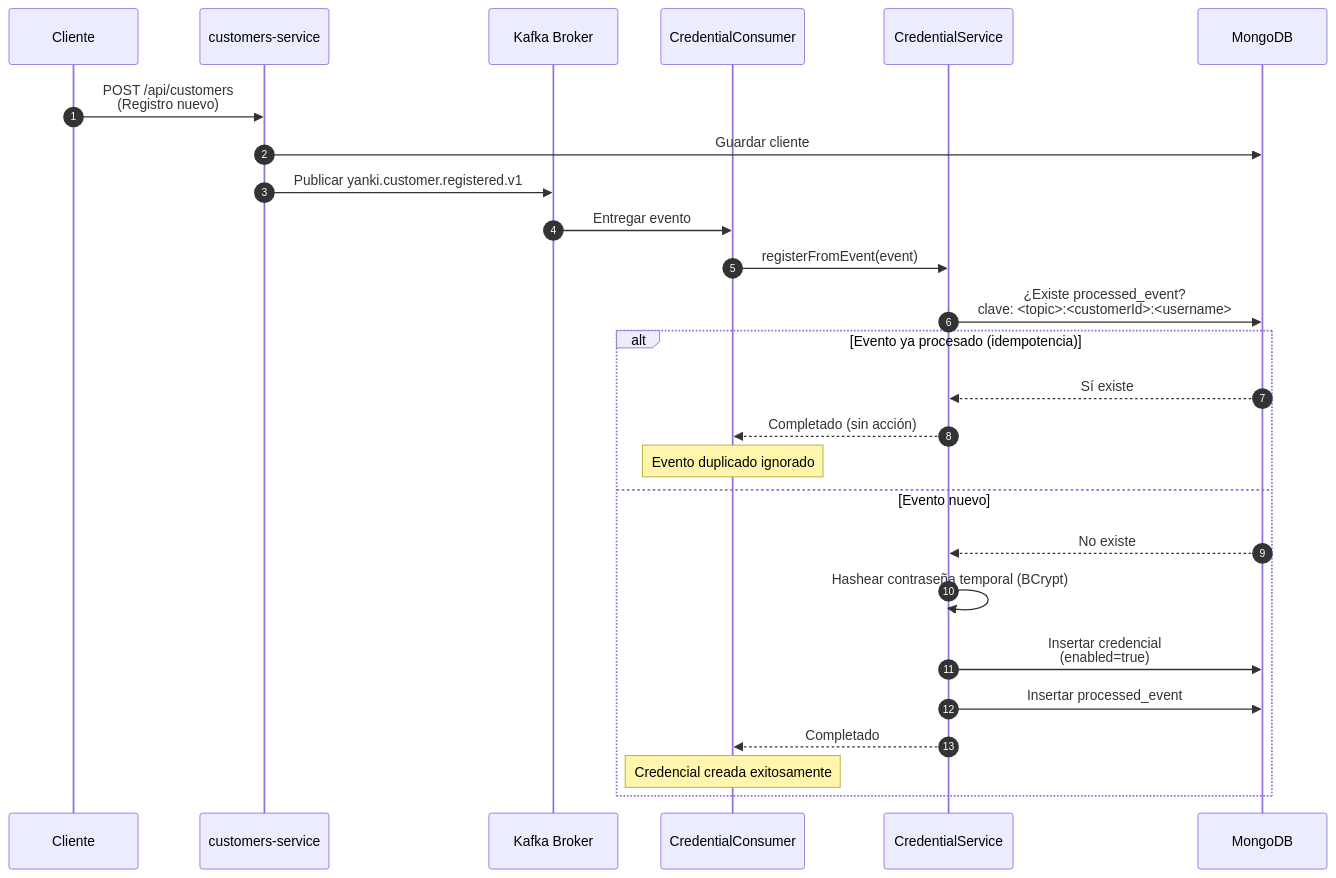
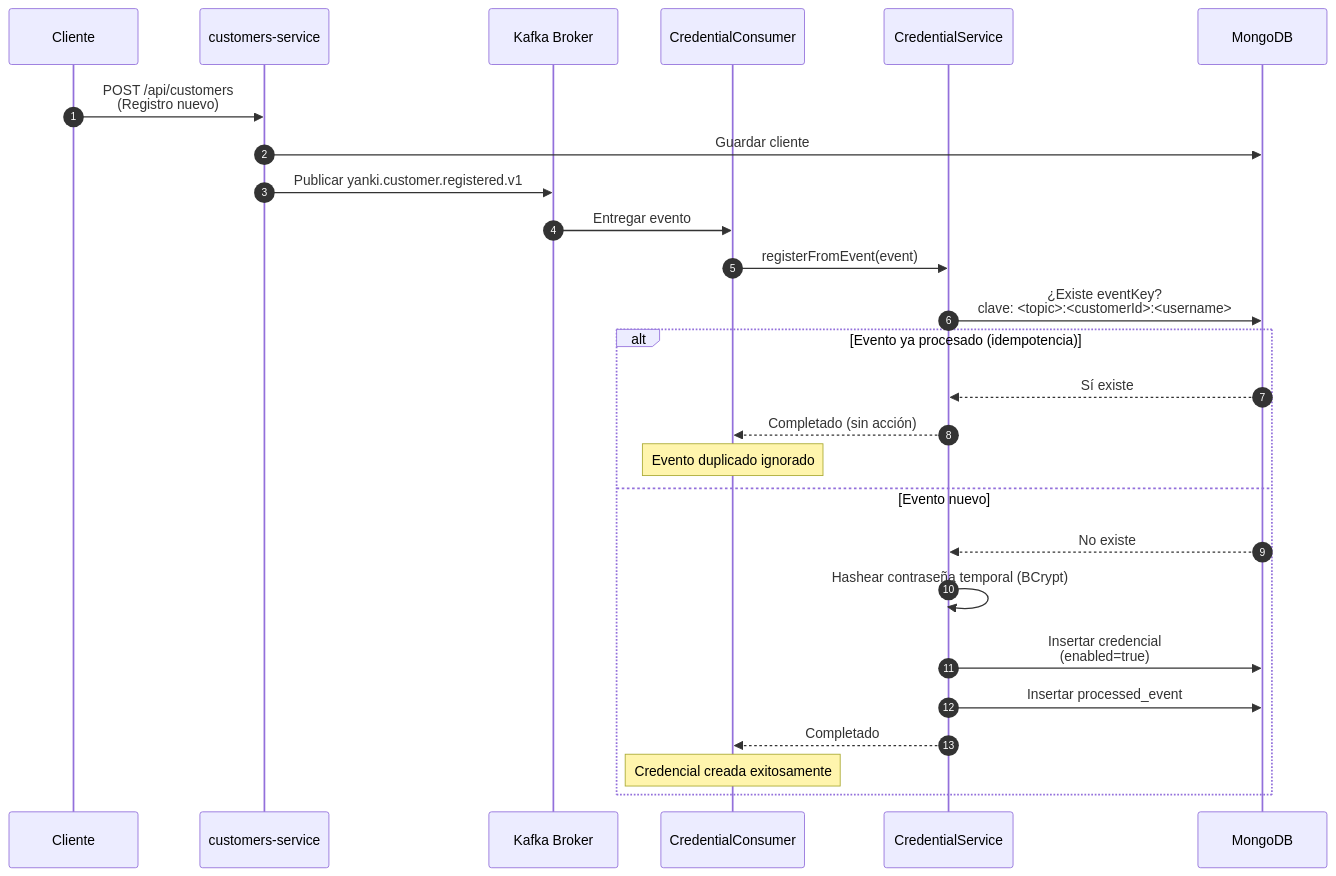
One commit to sebastianrm/auth-service changed the sixth of 6 diagrams in README.md. Above: the diagram before and after it, drawn with Mermaid. The commit also changed other lines of this file and 1 other file, not shown here.

````diff
--- a/README.md
+++ b/README.md
@@ -307,34 +307,34 @@
 ```mermaid
 sequenceDiagram
     autonumber
     participant Cliente
     participant CustService as customers-service
     participant Kafka as Kafka Broker
     participant Consumer as CredentialConsumer
     participant CredService as CredentialService
     participant MongoDB as MongoDB
 
     Cliente->>CustService: POST /api/customers<br/>(Registro nuevo)
 
     CustService->>MongoDB: Guardar cliente
     CustService->>Kafka: Publicar yanki.customer.registered.v1
 
     Kafka->>Consumer: Entregar evento
 
     Consumer->>CredService: registerFromEvent(event)
 
-    CredService->>MongoDB: ¿Existe processed_event?<br/>clave: <topic>:<customerId>:<username>
+    CredService->>MongoDB: ¿Existe eventKey?<br/>clave: <topic>:<customerId>:<username>
 
     alt Evento ya procesado (idempotencia)
         MongoDB-->>CredService: Sí existe
         CredService-->>Consumer: Completado (sin acción)
         Note over Consumer: Evento duplicado ignorado
     else Evento nuevo
         MongoDB-->>CredService: No existe
         CredService->>CredService: Hashear contraseña temporal (BCrypt)
         CredService->>MongoDB: Insertar credencial<br/>(enabled=true)
         CredService->>MongoDB: Insertar processed_event
         CredService-->>Consumer: Completado
         Note over Consumer: Credencial creada exitosamente
     end
 ```
````
